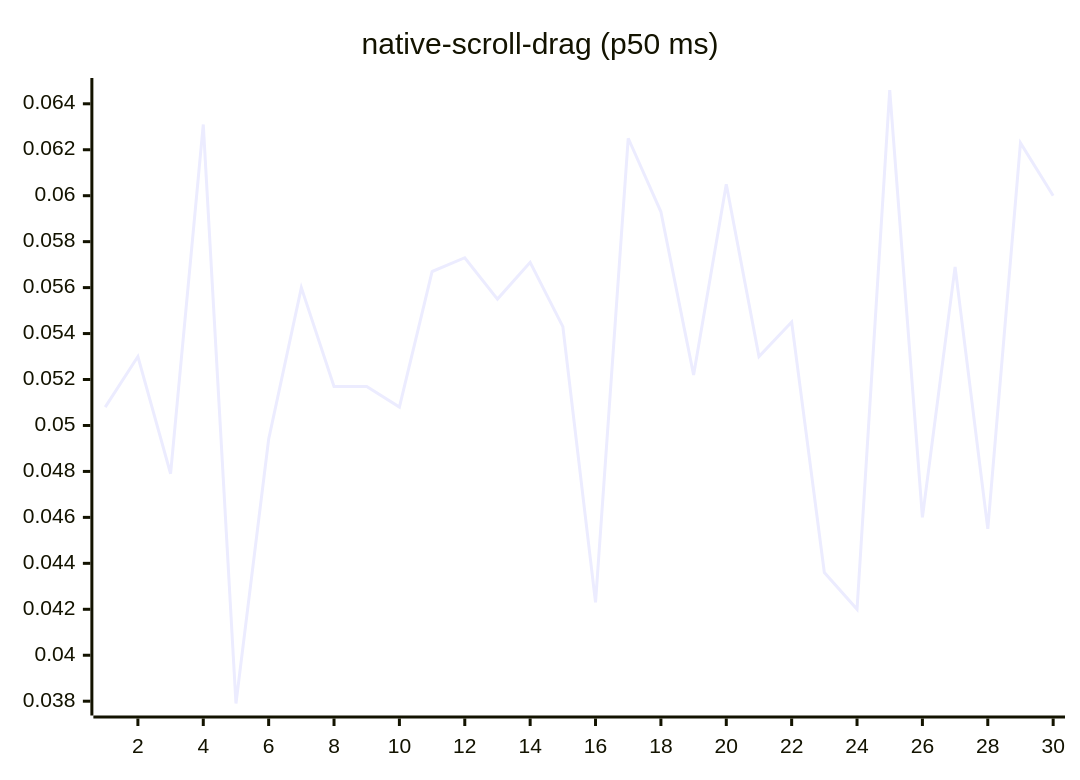
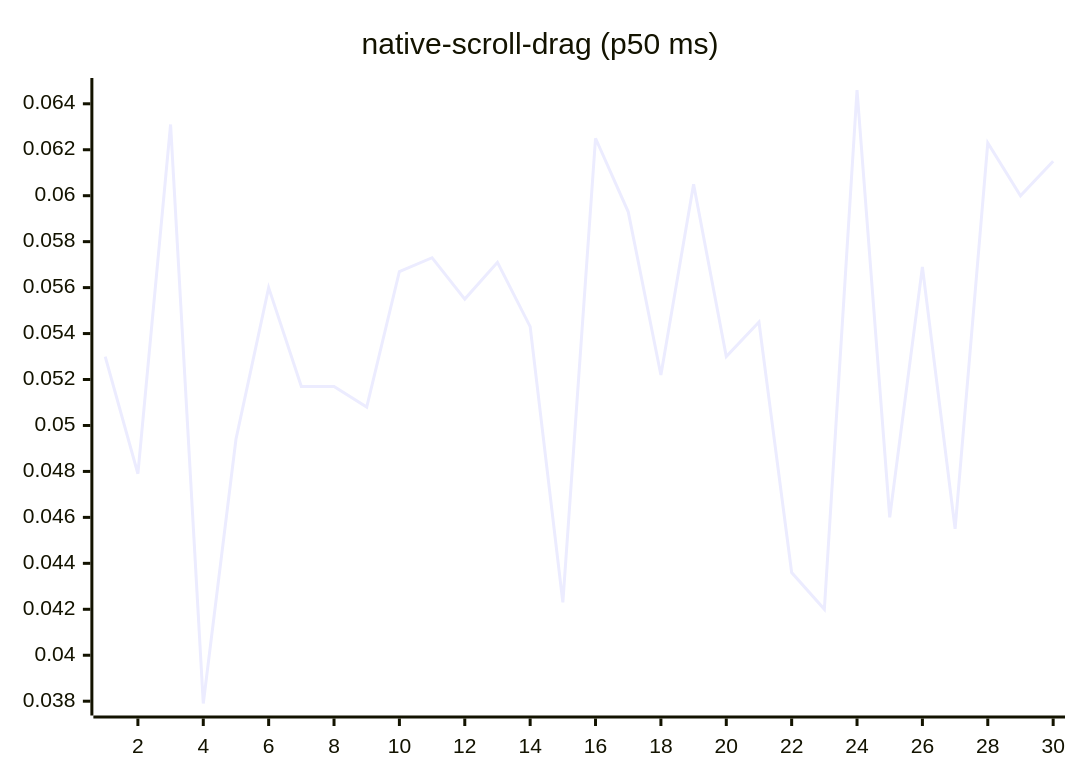
Before and after one commit to josha/Facet: diagram 14 of 27 in README.md, drawn with Mermaid. The commit also changed other lines of this file and 2 other files, not shown here.

````diff
--- a/README.md
+++ b/README.md
@@ -154,6 +154,6 @@
 ```mermaid
 xychart-beta
     title "native-scroll-drag (p50 ms)"
     x-axis 1 --> 30
-    line [0.0508, 0.0530, 0.0479, 0.0631, 0.0379, 0.0494, 0.0560, 0.0517, 0.0517, 0.0508, 0.0567, 0.0573, 0.0555, 0.0571, 0.0543, 0.0423, 0.0625, 0.0593, 0.0522, 0.0605, 0.0530, 0.0545, 0.0436, 0.0420, 0.0646, 0.0460, 0.0569, 0.0455, 0.0623, 0.0600]
+    line [0.0530, 0.0479, 0.0631, 0.0379, 0.0494, 0.0560, 0.0517, 0.0517, 0.0508, 0.0567, 0.0573, 0.0555, 0.0571, 0.0543, 0.0423, 0.0625, 0.0593, 0.0522, 0.0605, 0.0530, 0.0545, 0.0436, 0.0420, 0.0646, 0.0460, 0.0569, 0.0455, 0.0623, 0.0600, 0.0615]
 ```
````
